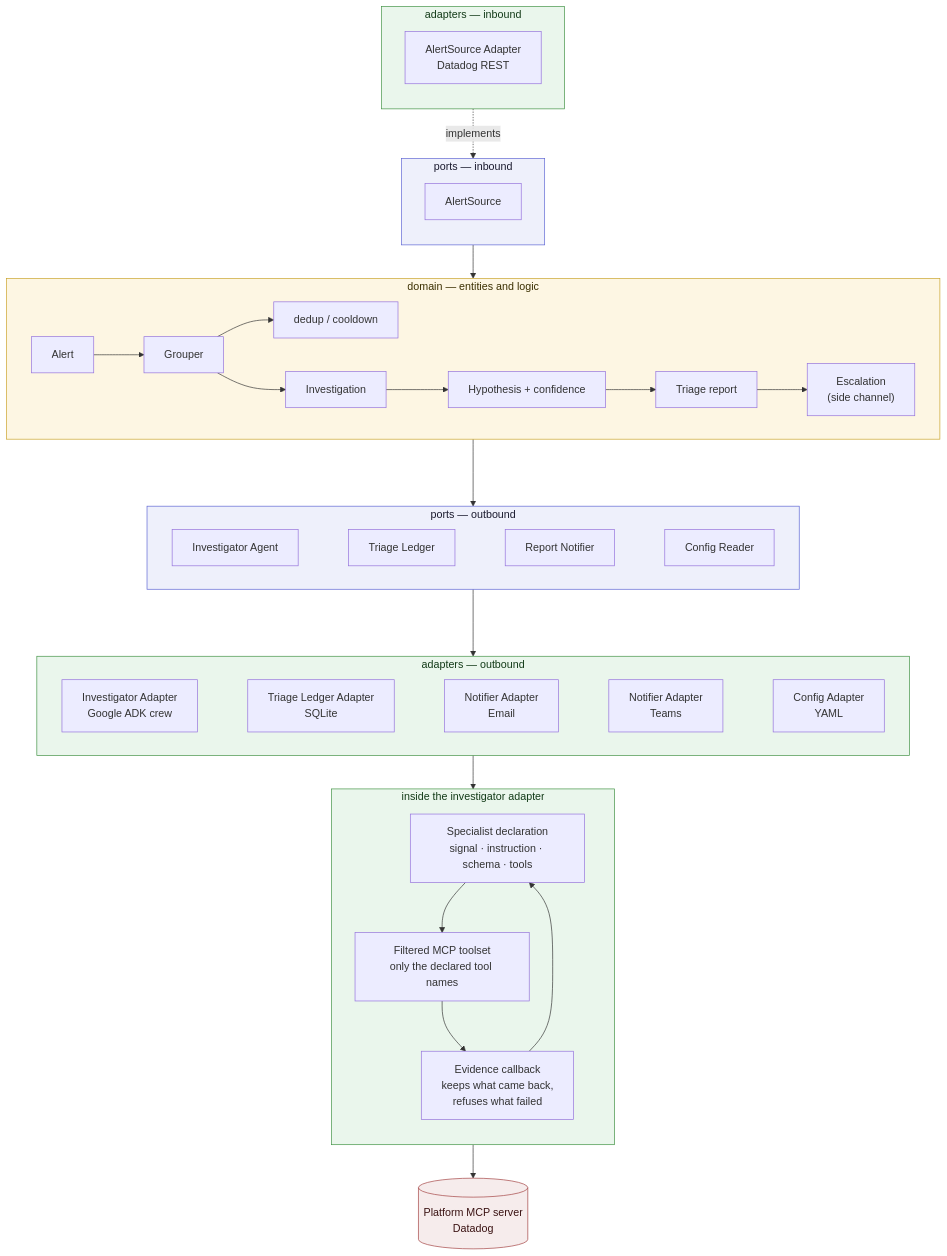
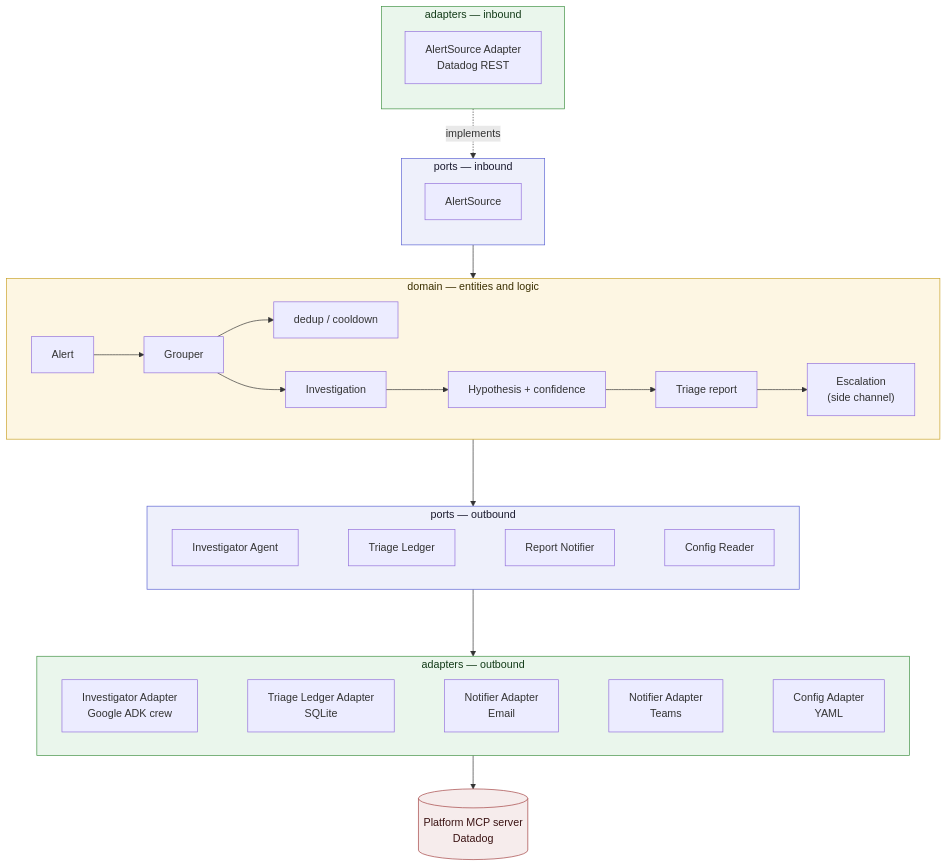
One commit to EduardoFLima/alert-triage changed the diagram in README.md. Above: the diagram before and after it, drawn with Mermaid. The commit also changed other lines of this file and 3 other files, not shown here.

````diff
--- a/README.md
+++ b/README.md
@@ -164,57 +161,46 @@
 ```mermaid
 flowchart TB
     subgraph InboundAdapters["adapters — inbound"]
         direction TB
         DatadogREST["AlertSource Adapter<br/>Datadog REST"]
     end
     subgraph InboundPorts["ports — inbound"]
         direction TB
         AlertSource["AlertSource"]
     end
     subgraph Domain["domain — entities and logic"]
         direction LR
         Alert["Alert"] --> Grouper["Grouper"]
         Grouper --> Ledger["dedup / cooldown"]
         Grouper --> Investigation["Investigation"]
         Investigation --> Diagnosis["Hypothesis + confidence"]
         Diagnosis --> Report["Triage report"]
         Report --> Escalation["Escalation<br/>(side channel)"]
     end
 
     subgraph OutboundPorts["ports — outbound"]
         direction LR
         Investigator["Investigator Agent"] ~~~ TriageLedger["Triage Ledger"] ~~~ Notifier["Report Notifier"] ~~~ Config["Config Reader"]
     end
 
     subgraph OutboundAdapters["adapters — outbound"]
         direction LR
         ADK["Investigator Adapter<br/>Google ADK crew"] ~~~ TriageLedgerAdapter["Triage Ledger Adapter<br/>SQLite"] ~~~ NotifierEmailAdapter["Notifier Adapter<br/>Email"] ~~~ NotifierTeamsAdapter["Notifier Adapter<br/>Teams"] ~~~ ConfigAdapter["Config Adapter<br/>YAML"]
     end
 
-    subgraph Investigating["inside the investigator adapter"]
-        direction TB
-        Declaration["Specialist declaration<br/>signal · instruction · schema · tools"]
-        Toolset["Filtered MCP toolset<br/>only the declared tool names"]
-        Evidence["Evidence callback<br/>keeps what came back,<br/>refuses what failed"]
-        Declaration --> Toolset
-        Toolset --> Evidence
-        Evidence --> Declaration
-    end
-
     DatadogREST -. implements .-> AlertSource
     AlertSource --> Domain
     Domain ---> OutboundPorts
     OutboundPorts ---> OutboundAdapters
-    ADK --> Declaration
-    Toolset --> PlatformMCP[("Platform MCP server<br/>Datadog")]
+    ADK --> PlatformMCP[("Platform MCP server<br/>Datadog")]
 
     classDef domainClass fill:#fdf6e3,stroke:#c9a227,color:#3a2f00
     classDef portsClass fill:#eef0fb,stroke:#5b63d3,color:#1a1a2e
     classDef adaptersClass fill:#eaf6ec,stroke:#3f9142,color:#123a17
     classDef platformClass fill:#f6ecec,stroke:#a23f3f,color:#3a1212
 
     class Domain domainClass
     class InboundPorts,OutboundPorts portsClass
-    class InboundAdapters,OutboundAdapters,Investigating adaptersClass
+    class InboundAdapters,OutboundAdapters adaptersClass
     class PlatformMCP platformClass
 ```
````
